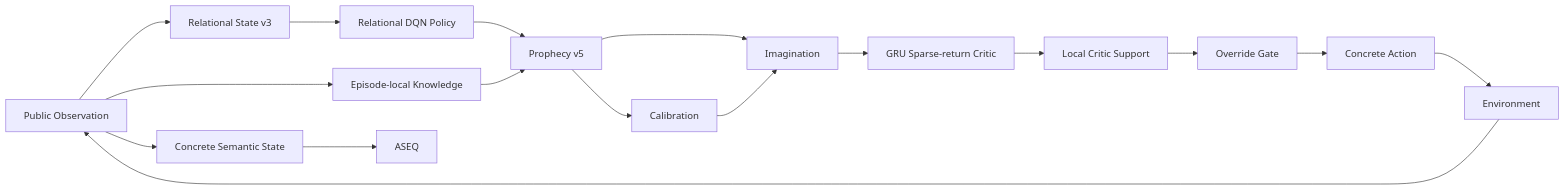
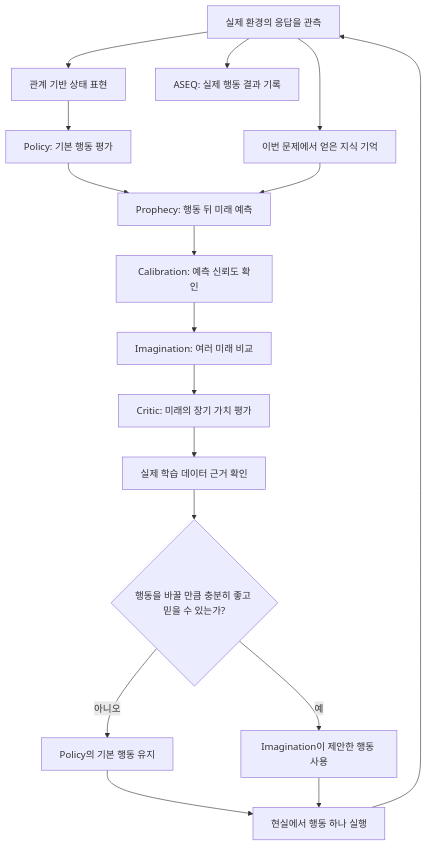
Before and after one commit to aether0xff-afk/AASSR: the diagram in wiki/Current-Status.md, drawn with Mermaid. The commit also changed other lines of this file, not shown here.

````diff
--- a/wiki/Current-Status.md
+++ b/wiki/Current-Status.md
@@ -33,19 +73,24 @@
 ```mermaid
-flowchart LR
-    O[Public Observation] --> R[Relational State v3]
-    O --> C[Concrete Semantic State]
-    O --> K[Episode-local Knowledge]
-    R --> P[Relational DQN Policy]
-    C --> A[ASEQ]
-    P --> W[Prophecy v5]
+flowchart TD
+    O[실제 환경의 응답을 관측] --> S[관계 기반 상태 표현]
+    O --> K[이번 문제에서 얻은 지식 기억]
+    O --> A[ASEQ: 실제 행동 결과 기록]
+
+    S --> P[Policy: 기본 행동 평가]
+    P --> W[Prophecy: 행동 뒤 미래 예측]
     K --> W
-    W --> CAL[Calibration]
-    W --> I[Imagination]
-    CAL --> I
-    I --> CR[GRU Sparse-return Critic]
-    CR --> SUP[Local Critic Support]
-    SUP --> G[Override Gate]
-    G --> ACT[Concrete Action]
-    ACT --> ENV[Environment]
-    ENV --> O
+
+    W --> C[Calibration: 예측 신뢰도 확인]
+    C --> I[Imagination: 여러 미래 비교]
+
+    I --> V[Critic: 미래의 장기 가치 평가]
+    V --> D[실제 학습 데이터 근거 확인]
+
+    D --> G{행동을 바꿀 만큼 충분히 좋고 믿을 수 있는가?}
+    G -- 아니오 --> B[Policy의 기본 행동 유지]
+    G -- 예 --> N[Imagination이 제안한 행동 사용]
+
+    B --> E[현실에서 행동 하나 실행]
+    N --> E
+    E --> O
 ```
````
